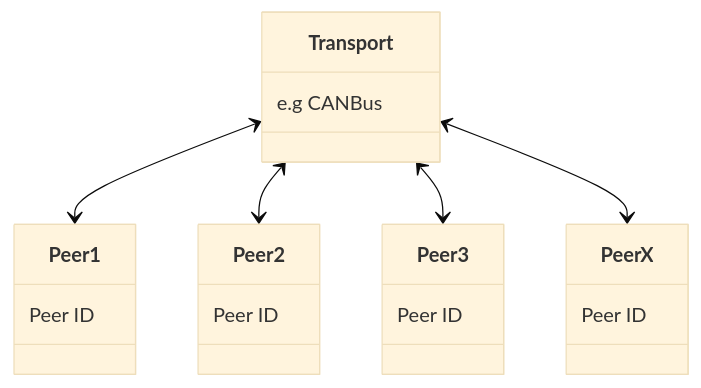
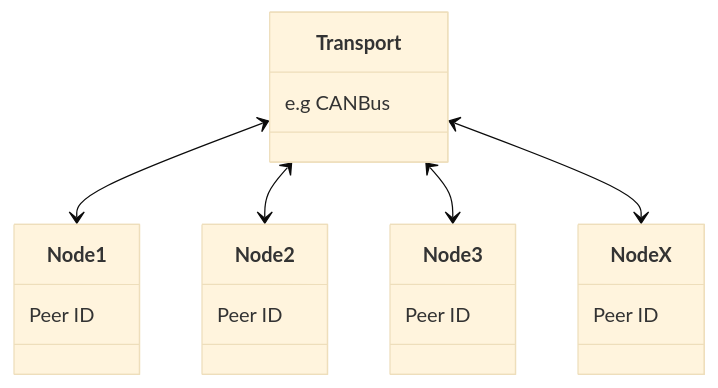
One commit to CedyrLabs/DroneCAN changed the diagram in README.md. Above: the diagram before and after it, drawn with Mermaid (base theme).

````diff
--- a/README.md
+++ b/README.md
@@ -36,22 +36,22 @@
 ```mermaid
 classDiagram
-    Transport <--> Peer1
-    Transport <--> Peer2
-    Transport <--> Peer3
-    Transport <--> PeerX
+    Transport <--> Node1
+    Transport <--> Node2
+    Transport <--> Node3
+    Transport <--> NodeX
     class Transport{
         e.g CANBus
     }
-    class Peer1{
+    class Node1{
         Peer ID
     }
-    class Peer2{
+    class Node2{
         Peer ID
     }
-    class Peer3{
+    class Node3{
         Peer ID
     }
-    class PeerX{
+    class NodeX{
         Peer ID
     }
 ```
````
